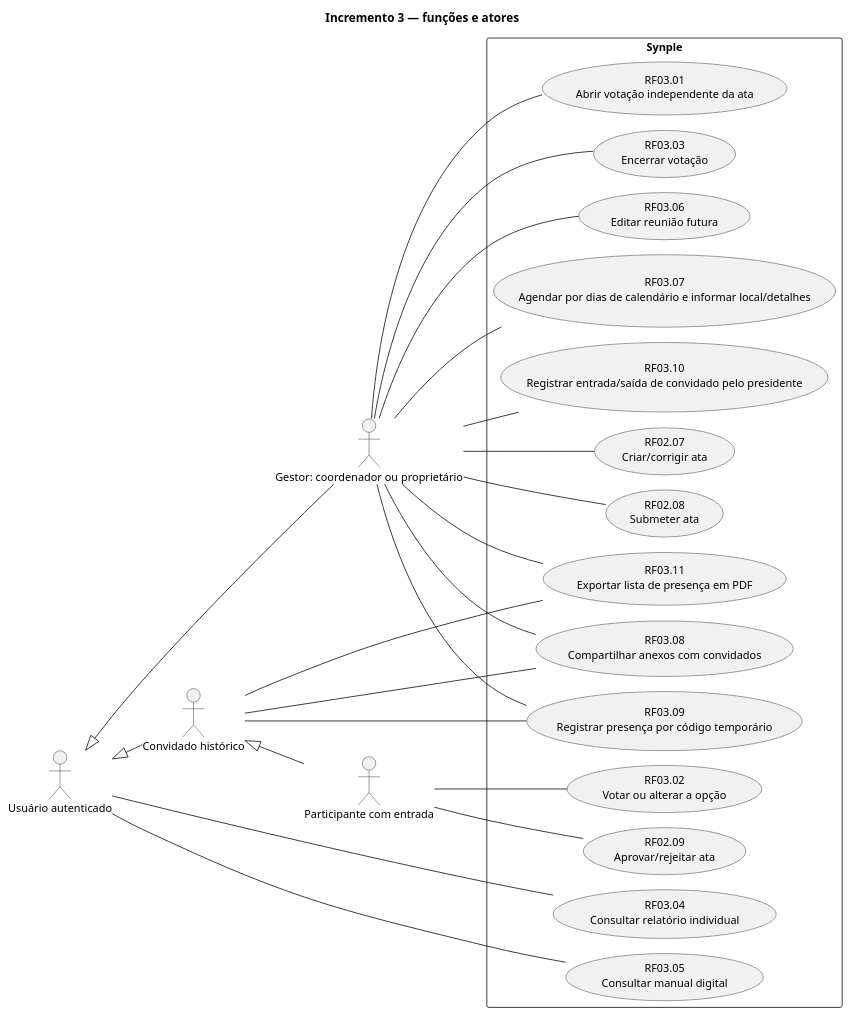
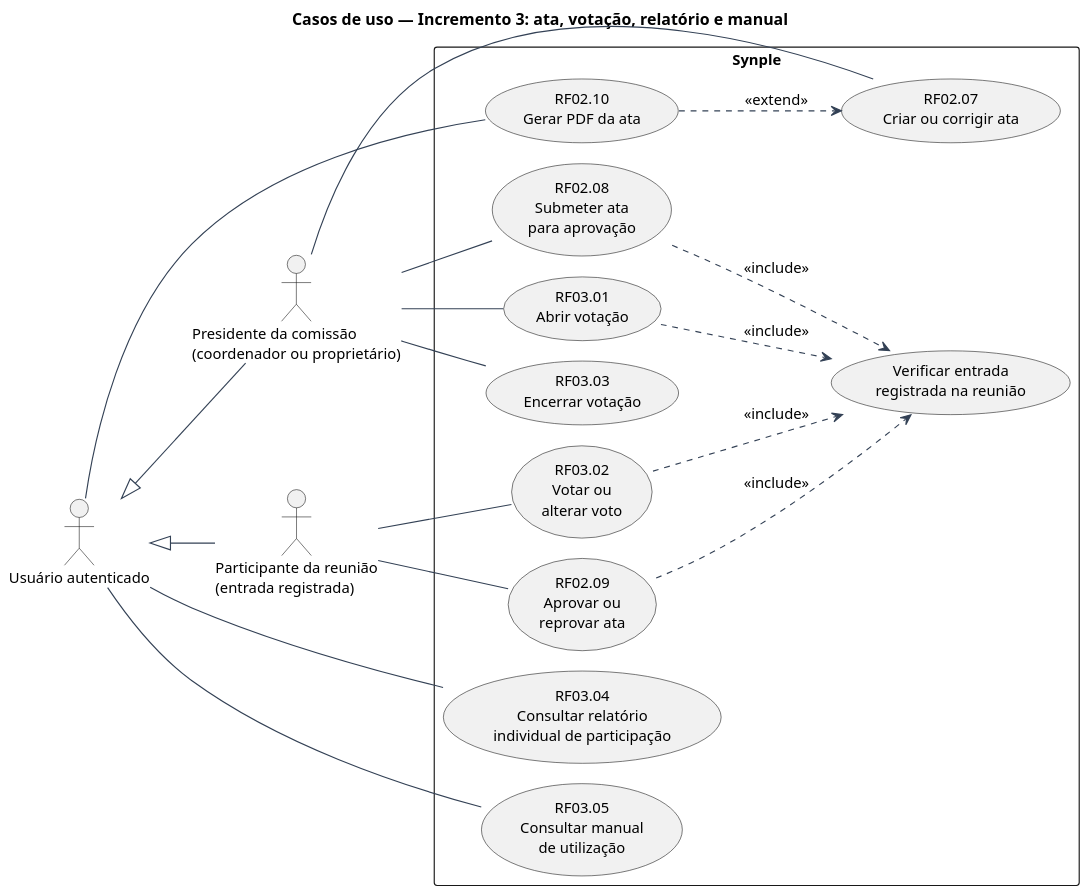
One commit to skzun/BRTPDS2 changed the diagram in docs/Diagramas/ENTREGA_DEFINITIVA/fontes/uc-incremento-3.puml. Above: the diagram before and after it, drawn with PlantUML. The commit also changed 45 other files, not shown here.

First line of the commit message:
Corrige diagramas e documentação do Incremento 3

```diff
--- a/docs/Diagramas/ENTREGA_DEFINITIVA/fontes/uc-incremento-3.puml
+++ b/docs/Diagramas/ENTREGA_DEFINITIVA/fontes/uc-incremento-3.puml
@@ -1,47 +1,43 @@
 @startuml
 !pragma layout smetana
+skinparam backgroundColor white
 skinparam shadowing false
+skinparam defaultFontName SansSerif
 skinparam defaultFontSize 13
+skinparam ArrowColor #334155
+skinparam roundcorner 5
+skinparam dpi 130
 left to right direction
-title Incremento 3 — funções e atores
+title Casos de uso — Incremento 3: ata, votação, relatório e manual
+actor "Presidente da comissão\n(coordenador ou proprietário)" as G
 actor "Usuário autenticado" as U
-actor "Gestor: coordenador ou proprietário" as G
-actor "Convidado histórico" as C
-actor "Participante com entrada" as P
+actor "Participante da reunião\n(entrada registrada)" as P
 U <|-- G
-U <|-- C
-C <|-- P
-rectangle Synple {
-usecase "RF03.01\nAbrir votação independente da ata" as RF03_01
-usecase "RF03.02\nVotar ou alterar a opção" as RF03_02
-usecase "RF03.03\nEncerrar votação" as RF03_03
-usecase "RF03.04\nConsultar relatório individual" as RF03_04
-usecase "RF03.05\nConsultar manual digital" as RF03_05
-usecase "RF03.06\nEditar reunião futura" as RF03_06
-usecase "RF03.07\nAgendar por dias de calendário e informar local/detalhes" as RF03_07
-usecase "RF03.08\nCompartilhar anexos com convidados" as RF03_08
-usecase "RF03.09\nRegistrar presença por código temporário" as RF03_09
-usecase "RF03.10\nRegistrar entrada/saída de convidado pelo presidente" as RF03_10
-usecase "RF03.11\nExportar lista de presença em PDF" as RF03_11
-usecase "RF02.07\nCriar/corrigir ata" as ATA
-usecase "RF02.08\nSubmeter ata" as SUB
-usecase "RF02.09\nAprovar/rejeitar ata" as DEC
+U <|-- P
+rectangle "Synple" {
+  usecase "RF02.07\nCriar ou corrigir ata" as ATA
+  usecase "RF02.08\nSubmeter ata\npara aprovação" as SUB
+  usecase "RF03.01\nAbrir votação" as V1
+  usecase "RF03.03\nEncerrar votação" as V3
+  usecase "RF02.10\nGerar PDF da ata" as PDF
+  usecase "RF03.04\nConsultar relatório\nindividual de participação" as REL
+  usecase "RF03.05\nConsultar manual\nde utilização" as MAN
+  usecase "RF02.09\nAprovar ou\nreprovar ata" as DEC
+  usecase "RF03.02\nVotar ou\nalterar voto" as V2
+  usecase "Verificar entrada\nregistrada na reunião" as CHK
 }
-G -- RF03_01
-P -- RF03_02
-G -- RF03_03
-U -- RF03_04
-U -- RF03_05
-G -- RF03_06
-G -- RF03_07
-G -- RF03_08
-C -- RF03_08
-G -- RF03_09
-C -- RF03_09
-G -- RF03_10
-C -- RF03_11
-G -- RF03_11
 G -- ATA
 G -- SUB
+G -- V1
+G -- V3
+U -- PDF
+U -- REL
+U -- MAN
 P -- DEC
+P -- V2
+SUB ..> CHK : <<include>>
+V1 ..> CHK : <<include>>
+DEC ..> CHK : <<include>>
+V2 ..> CHK : <<include>>
+PDF ..> ATA : <<extend>>
 @enduml
```
